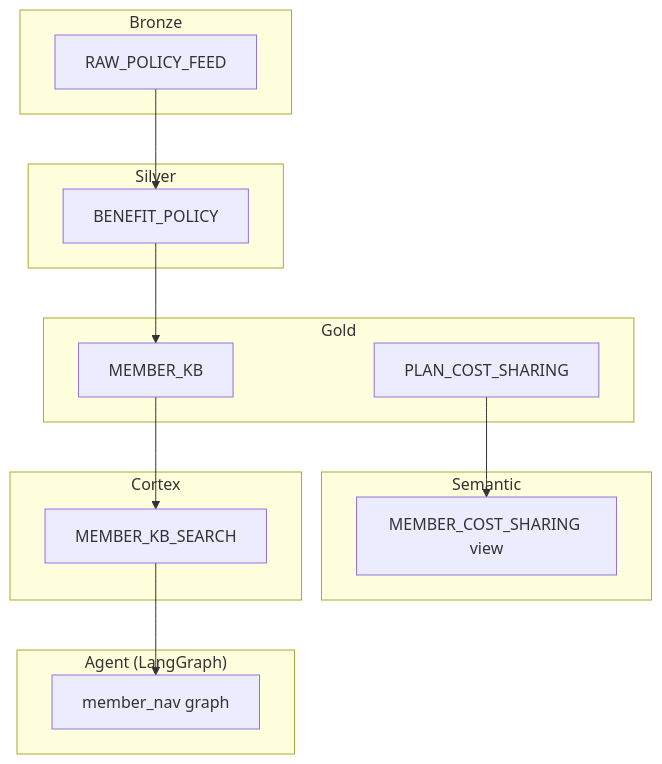
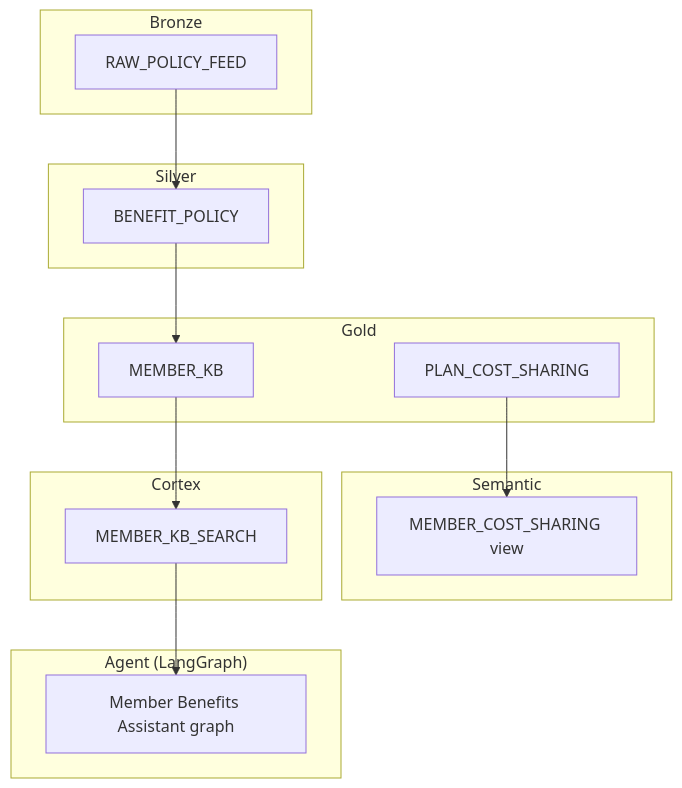
One commit to sbecker11/healthcare-agentic-snowflake-rag changed the diagram in docs/agentic-ai-engineering-primer.md. Above: the diagram before and after it, drawn with Mermaid. The commit also changed other lines of this file and 24 other files, not shown here.

First line of the commit message:
Rename member_nav package to member_benefits_assistant across codebase.

````diff
--- a/docs/agentic-ai-engineering-primer.md
+++ b/docs/agentic-ai-engineering-primer.md
@@ -24,25 +24,25 @@
 ```mermaid
 flowchart TB
     subgraph BRONZE["Bronze"]
         RAW["RAW_POLICY_FEED"]
     end
     subgraph SILVER["Silver"]
         BP["BENEFIT_POLICY"]
     end
     subgraph GOLD["Gold"]
         KB["MEMBER_KB"]
         PCS["PLAN_COST_SHARING"]
     end
     subgraph SEM["Semantic"]
         SV["MEMBER_COST_SHARING view"]
     end
     subgraph CORTEX["Cortex"]
         CS["MEMBER_KB_SEARCH"]
     end
     subgraph AGENT["Agent (LangGraph)"]
-        G["member_nav graph"]
+        G["Member Benefits Assistant graph"]
     end
 
     RAW --> BP --> KB --> CS --> G
     PCS --> SV
 ```
````
